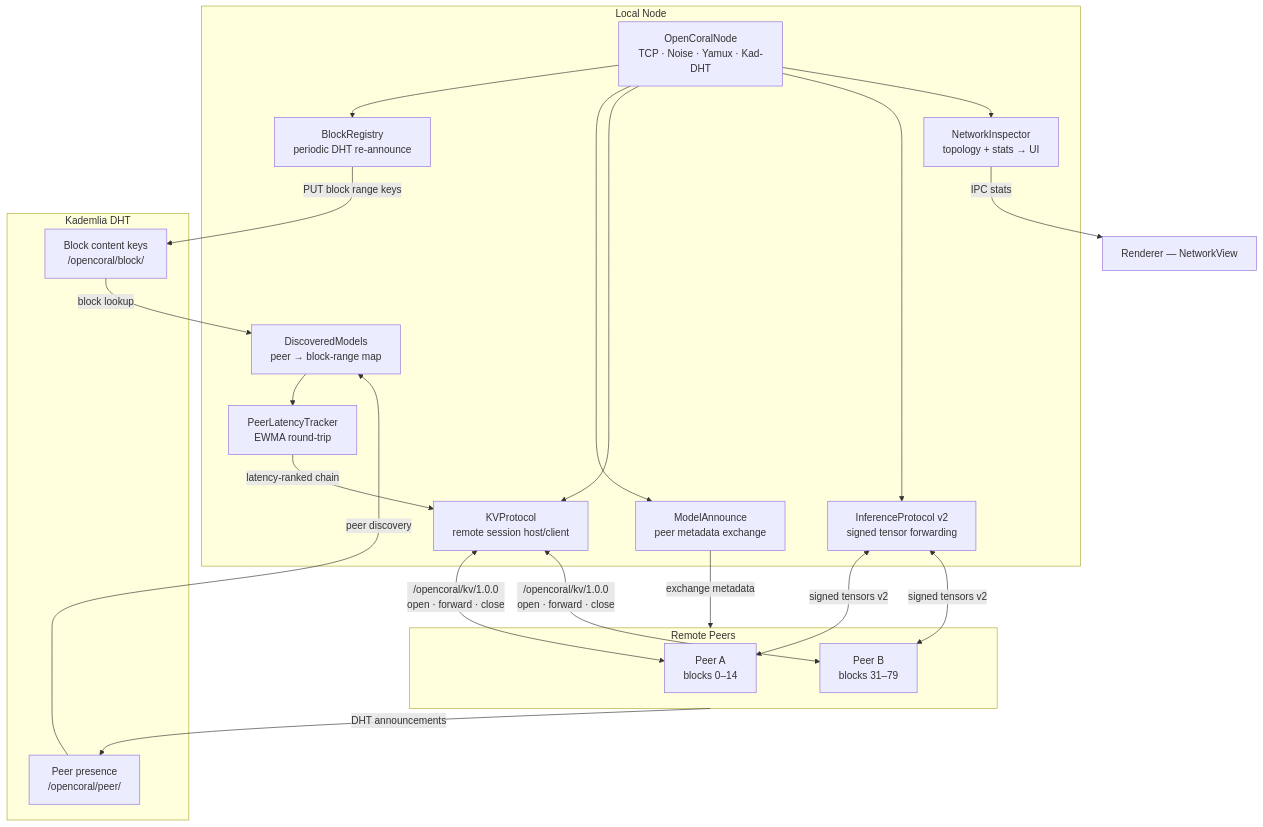
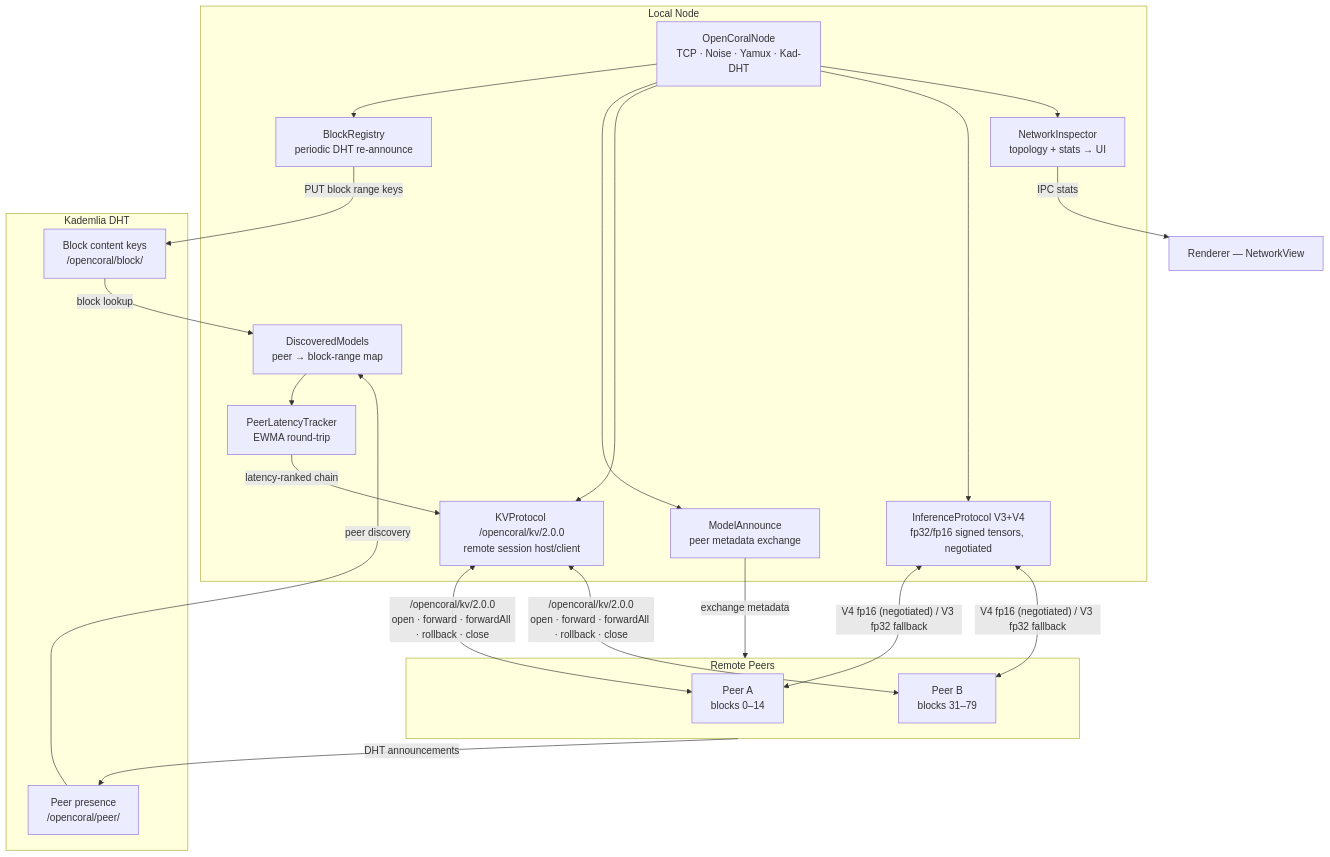
One commit to dani-sandu/open-coral changed the second of 2 diagrams in ARCHITECTURE.md. Above: the diagram before and after it, drawn with Mermaid. The commit also changed other lines of this file and 15 other files, not shown here.

````diff
--- a/ARCHITECTURE.md
+++ b/ARCHITECTURE.md
@@ -147,38 +158,38 @@
 ```mermaid
 flowchart TD
     subgraph Local["Local Node"]
         N["OpenCoralNode\nTCP · Noise · Yamux · Kad-DHT"]
         BR["BlockRegistry\nperiodic DHT re-announce"]
         MA["ModelAnnounce\npeer metadata exchange"]
         DM["DiscoveredModels\npeer → block-range map"]
         PL["PeerLatencyTracker\nEWMA round-trip"]
-        KVP["KVProtocol\nremote session host/client"]
-        IP["InferenceProtocol v2\nsigned tensor forwarding"]
+        KVP["KVProtocol /opencoral/kv/2.0.0\nremote session host/client"]
+        IP["InferenceProtocol V3+V4\nfp32/fp16 signed tensors, negotiated"]
         NI["NetworkInspector\ntopology + stats → UI"]
     end
 
     subgraph DHT["Kademlia DHT"]
         D1["Block content keys\n/opencoral/block/<id>"]
         D2["Peer presence\n/opencoral/peer/<id>"]
     end
 
     subgraph Peers["Remote Peers"]
         PA["Peer A\nblocks 0–14"]
         PB["Peer B\nblocks 31–79"]
     end
 
     N --> BR & MA & KVP & IP & NI
     BR -->|"PUT block range keys"| D1
     MA -->|"exchange metadata"| Peers
     Peers -->|"DHT announcements"| D2
     D2 -->|"peer discovery"| DM
     D1 -->|"block lookup"| DM
     DM --> PL
     PL -->|"latency-ranked chain"| KVP
 
-    KVP <-->|"/opencoral/kv/1.0.0\nopen · forward · close"| PA
-    KVP <-->|"/opencoral/kv/1.0.0\nopen · forward · close"| PB
-    IP <-->|"signed tensors v2"| PA
-    IP <-->|"signed tensors v2"| PB
+    KVP <-->|"/opencoral/kv/2.0.0\nopen · forward · forwardAll · rollback · close"| PA
+    KVP <-->|"/opencoral/kv/2.0.0\nopen · forward · forwardAll · rollback · close"| PB
+    IP <-->|"V4 fp16 (negotiated) / V3 fp32 fallback"| PA
+    IP <-->|"V4 fp16 (negotiated) / V3 fp32 fallback"| PB
     NI -->|"IPC stats"| UI["Renderer — NetworkView"]
 ```
````
